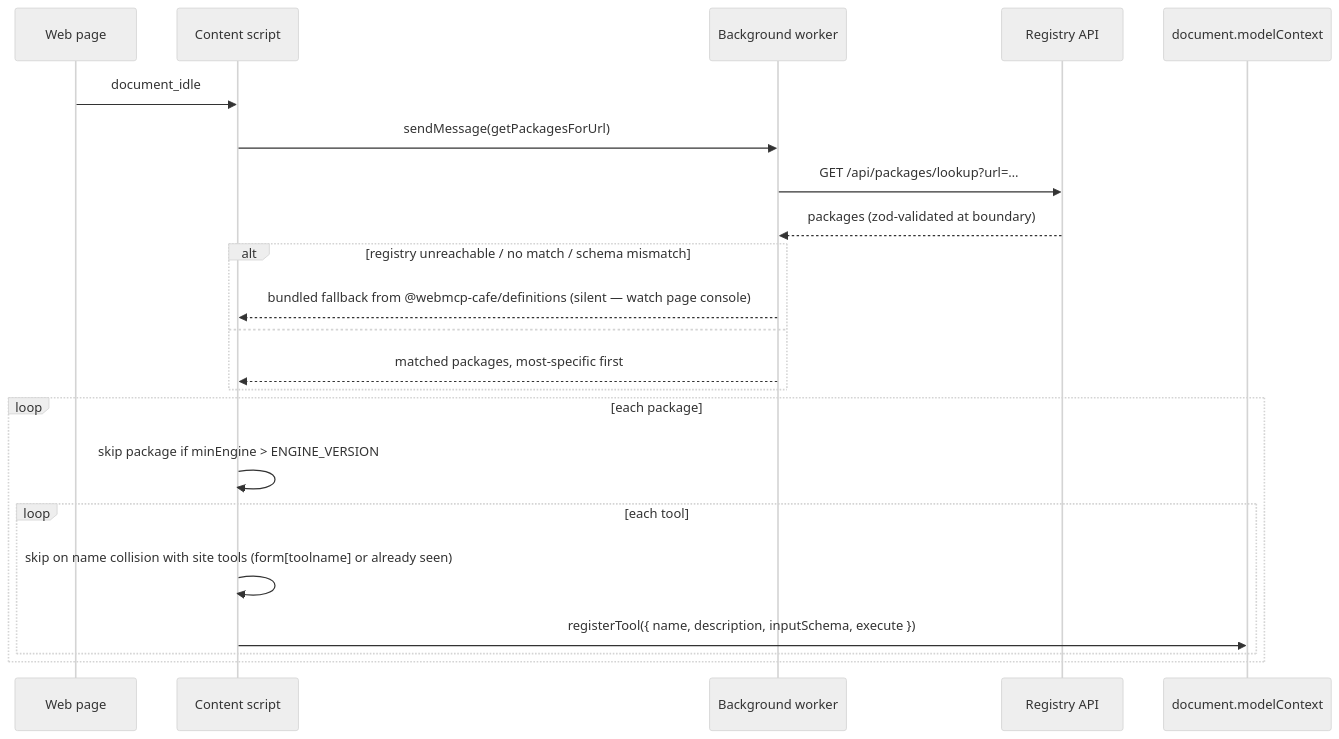
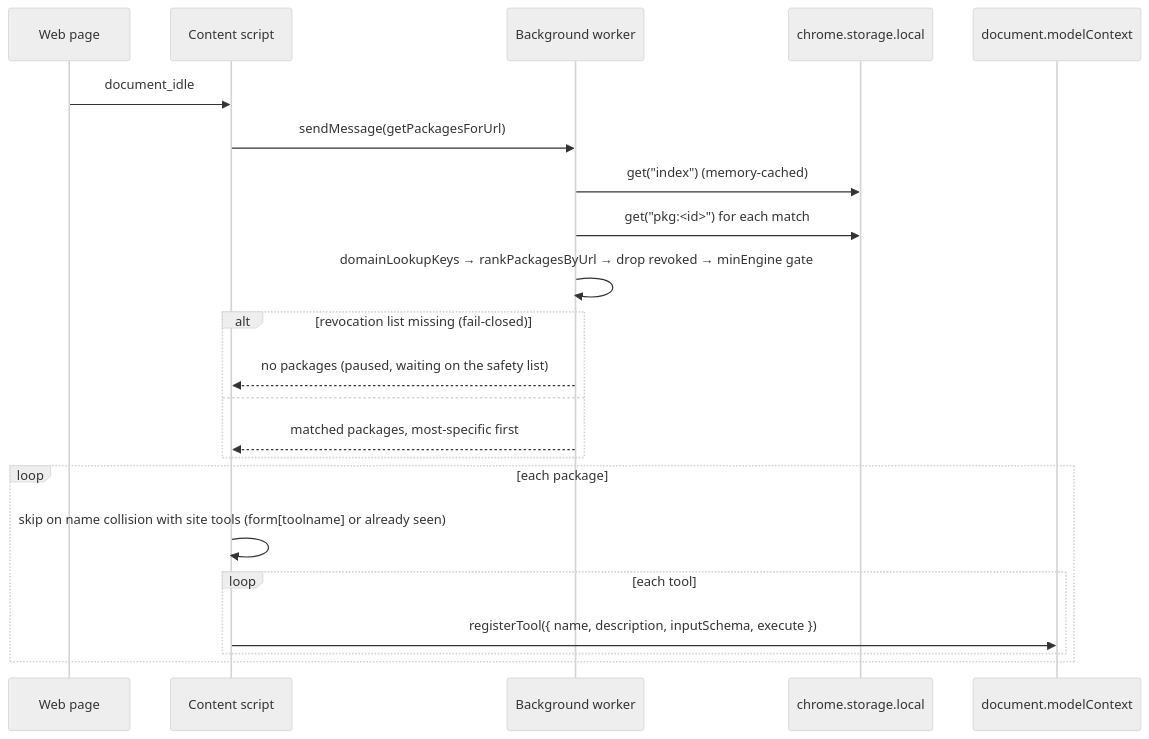
Before and after one commit to robertn702/webmcp-today: the third of 5 diagrams in ARCHITECTURE.md, drawn with Mermaid (neutral theme). The commit also changed other lines of this file and 7 other files, not shown here.

````diff
--- a/ARCHITECTURE.md
+++ b/ARCHITECTURE.md
@@ -94,25 +98,25 @@
 ```mermaid
 sequenceDiagram
     participant P as Web page
     participant CS as Content script
     participant BG as Background worker
-    participant R as Registry API
+    participant ST as chrome.storage.local
     participant MC as document.modelContext
 
     P->>CS: document_idle
     CS->>BG: sendMessage(getPackagesForUrl)
-    BG->>R: GET /api/packages/lookup?url=…
-    R-->>BG: packages (zod-validated at boundary)
-    alt registry unreachable / no match / schema mismatch
-        BG-->>CS: bundled fallback from @webmcp-cafe/definitions (silent — watch page console)
+    BG->>ST: get("index") (memory-cached)
+    BG->>ST: get("pkg:<id>") for each match
+    BG->>BG: domainLookupKeys → rankPackagesByUrl → drop revoked → minEngine gate
+    alt revocation list missing (fail-closed)
+        BG-->>CS: no packages (paused, waiting on the safety list)
     else
         BG-->>CS: matched packages, most-specific first
     end
     loop each package
-        CS->>CS: skip package if minEngine > ENGINE_VERSION
+        CS->>CS: skip on name collision with site tools (form[toolname] or already seen)
         loop each tool
-            CS->>CS: skip on name collision with site tools (form[toolname] or already seen)
             CS->>MC: registerTool({ name, description, inputSchema, execute })
         end
     end
 ```
````
